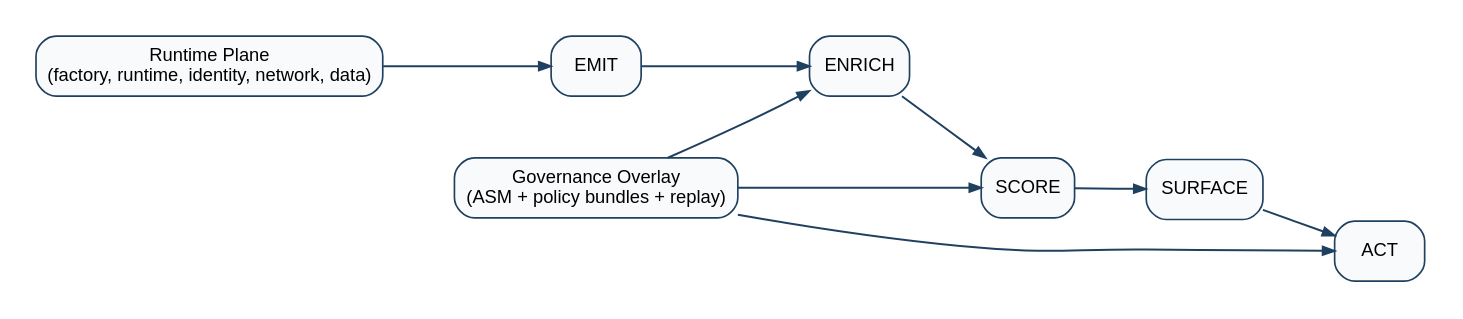
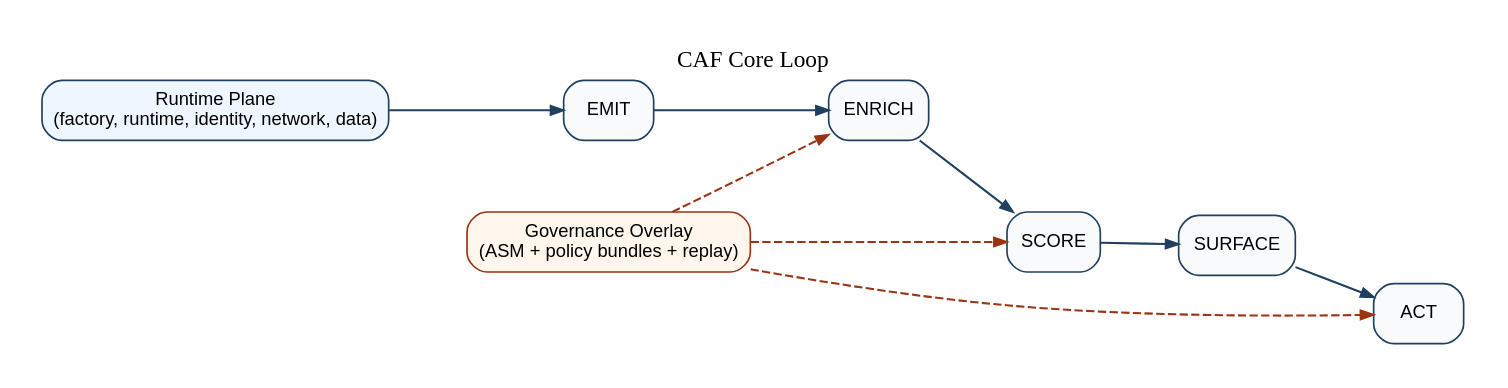
One commit to anboas/Whitepaper changed the diagram in papers/caf-ra/diagrams-src/caf_core_minimal.dot. Above: the diagram before and after it, drawn with Graphviz. The commit also changed 14 other files, not shown here.

Commit message:
iterate CAF-RA diagrams and add boundary/federation/adoption visuals

```diff
--- a/papers/caf-ra/diagrams-src/caf_core_minimal.dot
+++ b/papers/caf-ra/diagrams-src/caf_core_minimal.dot
@@ -1,19 +1,21 @@
-digraph CAF {
+digraph CAFCore {
   rankdir=LR;
-  graph [bgcolor="white", pad="0.2", nodesep="0.5", ranksep="0.6"];
+  graph [bgcolor="white", pad="0.25", nodesep="0.55", ranksep="0.65", labelloc="t", label="CAF Core Loop"];
   node [shape=box, style="rounded,filled", fillcolor="#F8FAFC", color="#204060", fontname="Arial", fontsize=11];
-  edge [color="#204060", arrowsize=0.7, penwidth=1.2];
+  edge [color="#204060", arrowsize=0.75, penwidth=1.25];
 
-  Runtime [label="Runtime Plane\n(factory, runtime, identity, network, data)"];
+  Runtime [label="Runtime Plane\n(factory, runtime, identity, network, data)", fillcolor="#EEF6FF"];
   Emit [label="EMIT"];
   Enrich [label="ENRICH"];
   Score [label="SCORE"];
   Surface [label="SURFACE"];
   Act [label="ACT"];
-  Governance [label="Governance Overlay\n(ASM + policy bundles + replay)"];
+  Governance [label="Governance Overlay\n(ASM + policy bundles + replay)", fillcolor="#FFF7ED", color="#9A3412"];
 
-  Runtime -> Emit -> Enrich -> Score -> Surface -> Act;
-  Governance -> Enrich;
-  Governance -> Score;
-  Governance -> Act;
+  Runtime -> Emit;
+  Emit -> Enrich -> Score -> Surface -> Act;
+
+  Governance -> Enrich [style=dashed, color="#9A3412"];
+  Governance -> Score [style=dashed, color="#9A3412"];
+  Governance -> Act [style=dashed, color="#9A3412"];
 }
```
